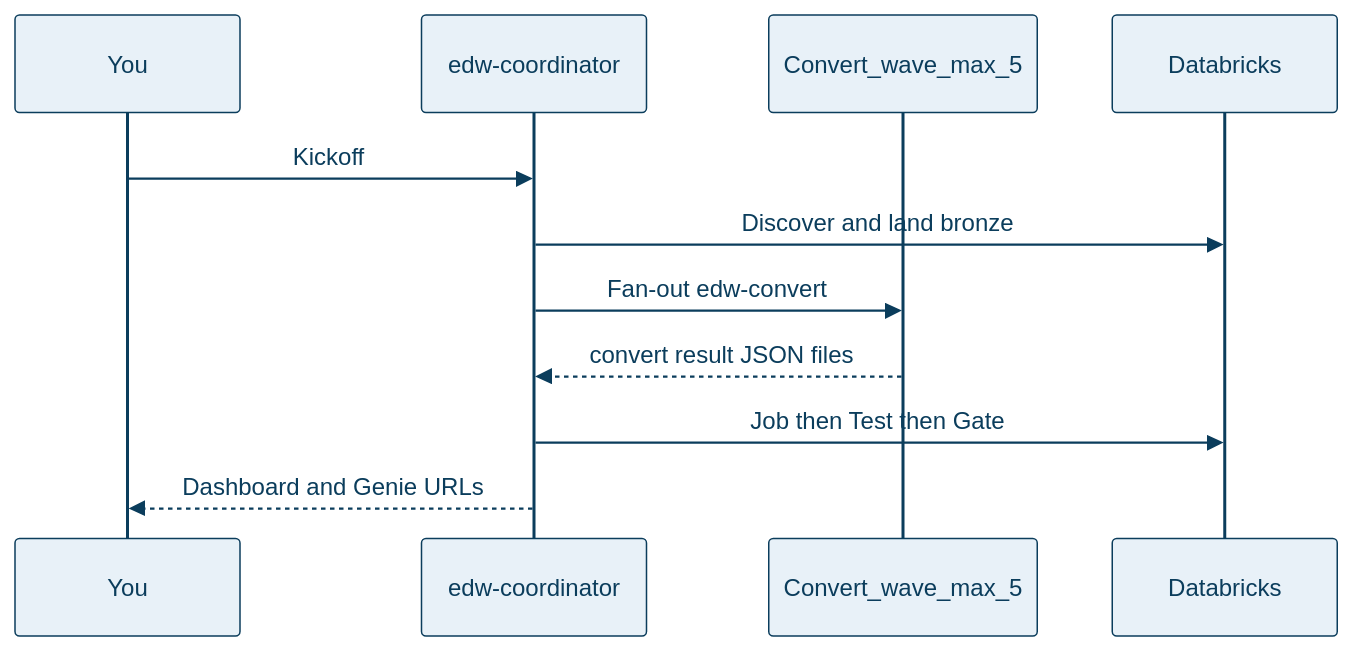
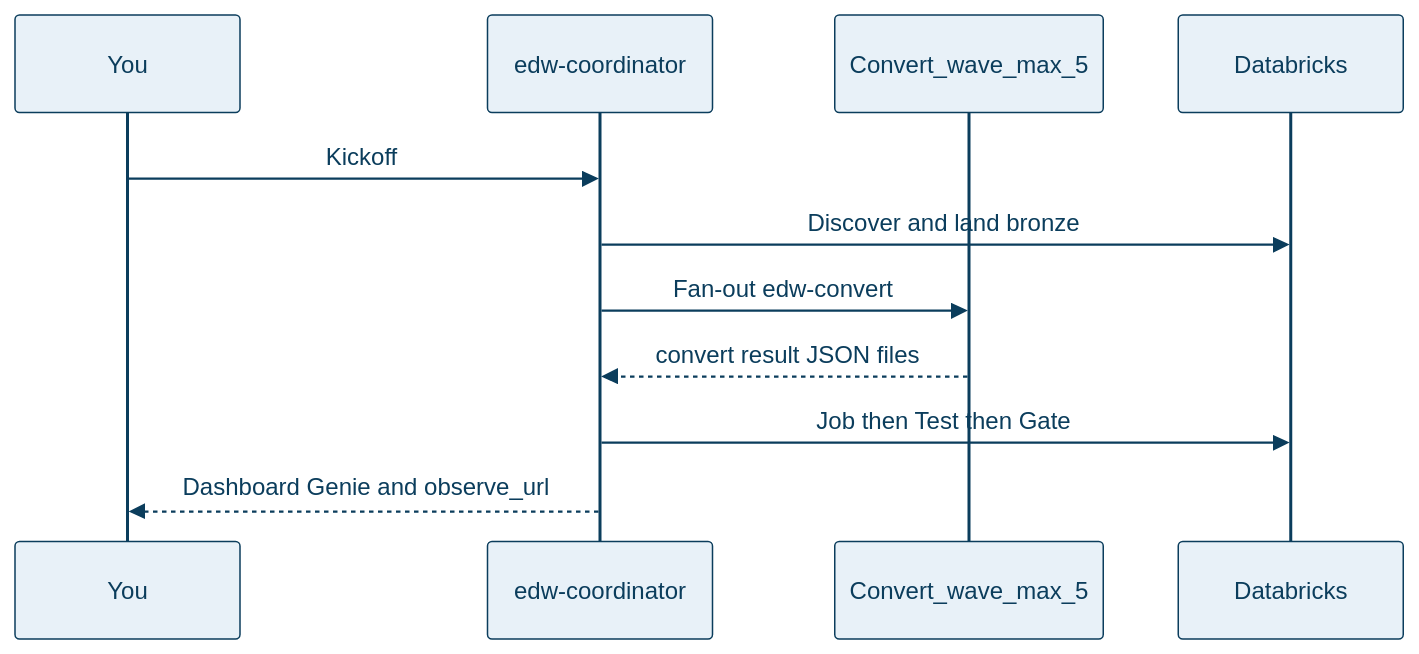
The fourth of 4 diagrams in docs/what-you-get.md (Jericho2010/edwmigration), drawn with Mermaid before and after one commit. The commit also changed other lines of this file and 16 other files, not shown here.

````diff
--- a/docs/what-you-get.md
+++ b/docs/what-you-get.md
@@ -118,14 +118,14 @@
 ```mermaid
 %%{init: {"theme":"base","themeVariables":{"primaryColor":"#E8F1F8","primaryTextColor":"#0B3D5C","primaryBorderColor":"#0B3D5C","lineColor":"#5B7A8C","secondaryColor":"#E6F4F1","tertiaryColor":"#F7F3EA","background":"#FFFFFF","mainBkg":"#E8F1F8","clusterBkg":"#F7FAFC","clusterBorder":"#5B7A8C","titleColor":"#0B3D5C","edgeLabelBackground":"#FFFFFF"}}}%%
 sequenceDiagram
   participant You
   participant Coord as edw-coordinator
   participant Wave as Convert_wave_max_5
   participant DBX as Databricks
   You->>Coord: Kickoff
   Coord->>DBX: Discover and land bronze
   Coord->>Wave: Fan-out edw-convert
   Wave-->>Coord: convert result JSON files
   Coord->>DBX: Job then Test then Gate
-  Coord-->>You: Dashboard and Genie URLs
+  Coord-->>You: Dashboard Genie and observe_url
 ```
````
